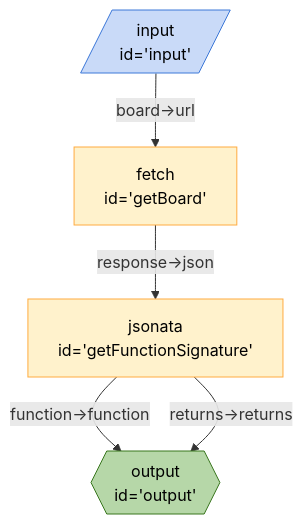
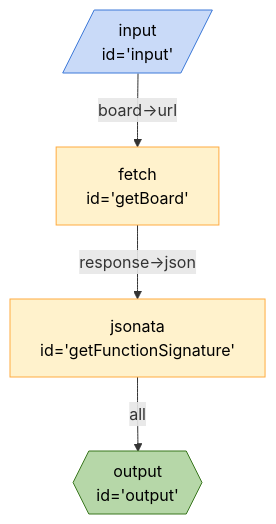
One commit to breadboard-ai/breadboard changed the diagram in seeds/breadboard-web/docs/graphs/board-as-function.md. Above: the diagram before and after it, drawn with Mermaid. The commit also changed 2 other files, not shown here.

Commit message:
[breadboard-web] Use all wire in board-as-function.

````diff
--- a/seeds/breadboard-web/docs/graphs/board-as-function.md
+++ b/seeds/breadboard-web/docs/graphs/board-as-function.md
@@ -3,16 +3,15 @@
 ```mermaid
 %%{init: 'themeVariables': { 'fontFamily': 'Fira Code, monospace' }}%%
 graph TD;
 input[/"input <br> id='input'"/]:::input -- "board->url" --> getBoard["fetch <br> id='getBoard'"]
-getFunctionSignature["jsonata <br> id='getFunctionSignature'"] -- "function->function" --> output{{"output <br> id='output'"}}:::output
-getFunctionSignature["jsonata <br> id='getFunctionSignature'"] -- "returns->returns" --> output{{"output <br> id='output'"}}:::output
+getFunctionSignature["jsonata <br> id='getFunctionSignature'"] -- all --> output{{"output <br> id='output'"}}:::output
 getBoard["fetch <br> id='getBoard'"] -- "response->json" --> getFunctionSignature["jsonata <br> id='getFunctionSignature'"]
 classDef default stroke:#ffab40,fill:#fff2ccff,color:#000
 classDef input stroke:#3c78d8,fill:#c9daf8ff,color:#000
 classDef output stroke:#38761d,fill:#b6d7a8ff,color:#000
 classDef passthrough stroke:#a64d79,fill:#ead1dcff,color:#000
 classDef slot stroke:#a64d79,fill:#ead1dcff,color:#000
 classDef config stroke:#a64d79,fill:#ead1dcff,color:#000
 classDef secrets stroke:#db4437,fill:#f4cccc,color:#000
 classDef slotted stroke:#a64d79
 ```
````
